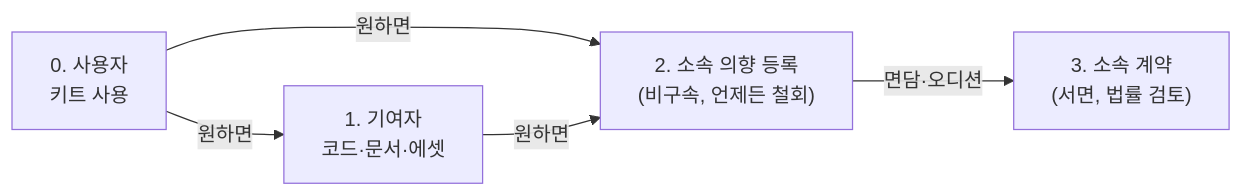
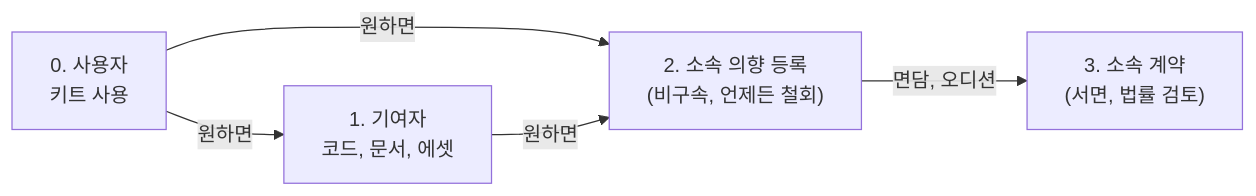
One commit to BudongJW/debutkit changed the diagram in docs/MEMBERSHIP.md. Above: the diagram before and after it, drawn with Mermaid. The commit also changed other lines of this file and 81 other files, not shown here.

````diff
--- a/docs/MEMBERSHIP.md
+++ b/docs/MEMBERSHIP.md
@@ -17,7 +20,7 @@
 ```mermaid
 flowchart LR
-    A["0. 사용자<br/>키트 사용"] -->|"원하면"| B["1. 기여자<br/>코드·문서·에셋"]
+    A["0. 사용자<br/>키트 사용"] -->|"원하면"| B["1. 기여자<br/>코드, 문서, 에셋"]
     A -->|"원하면"| C["2. 소속 의향 등록<br/>(비구속, 언제든 철회)"]
     B -->|"원하면"| C
-    C -->|"면담·오디션"| D["3. 소속 계약<br/>(서면, 법률 검토)"]
+    C -->|"면담, 오디션"| D["3. 소속 계약<br/>(서면, 법률 검토)"]
 ```
````
